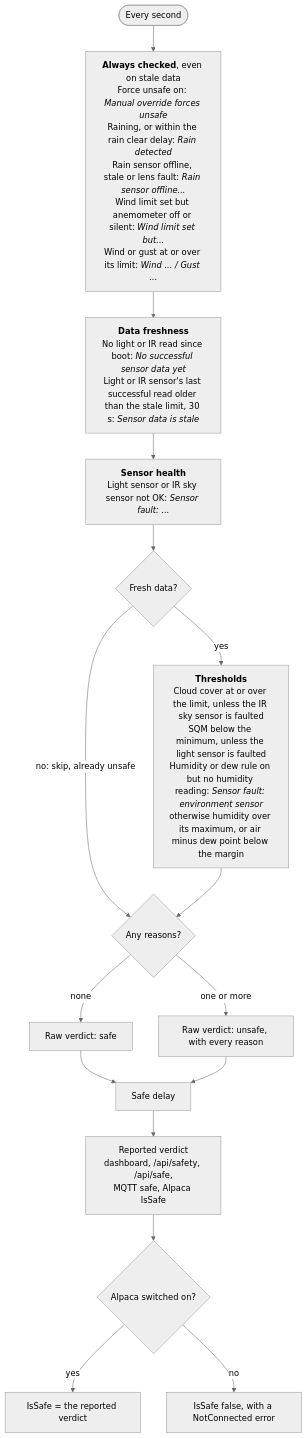
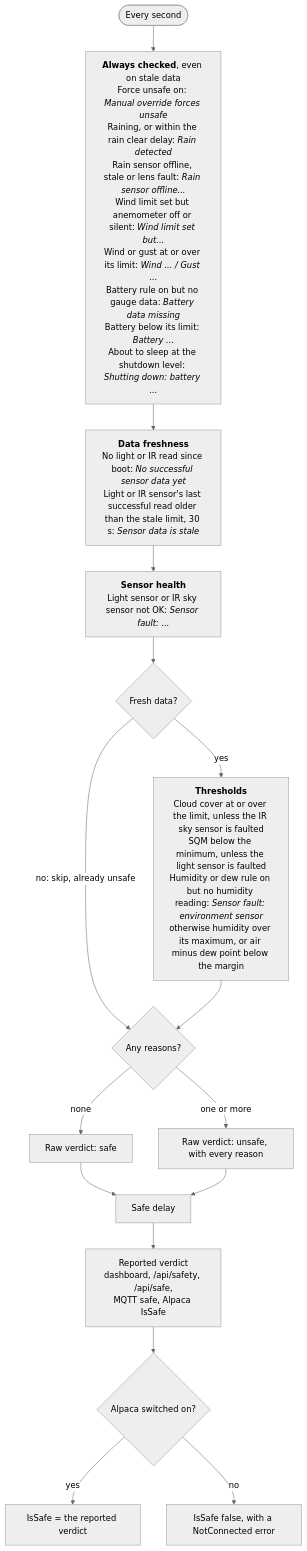
Before and after one commit to DeanJ87/SQMeter: the second of 3 diagrams in docs/user-guide/alpaca.md, drawn with Mermaid (neutral theme). The commit also changed other lines of this file and 12 other files, not shown here.

Commit message:
docs(032): battery guide, travel board hardware, configuration, MQTT, REST, WebSocket, BLE, alerts and Alpaca; diagrams checked

````diff
--- a/docs/user-guide/alpaca.md
+++ b/docs/user-guide/alpaca.md
@@ -147,21 +149,21 @@
 ```mermaid
 flowchart TB
     accTitle: How the safety verdict is decided
-    accDescr: Every second all enabled rules are checked and each failing rule adds a reason. Rain and wind are always checked, then data freshness and sensor health; the threshold rules only run on fresh data. Any reason makes the raw verdict unsafe, which then passes through the safe delay.
+    accDescr: Every second all enabled rules are checked and each failing rule adds a reason. Rain, wind and battery are always checked, then data freshness and sensor health; the threshold rules only run on fresh data. Any reason makes the raw verdict unsafe, which then passes through the safe delay.
     START(["Every second"]) --> ALWAYS
-    ALWAYS["<b>Always checked</b>, even on stale data<br/>Force unsafe on: <i>Manual override forces unsafe</i><br/>Raining, or within the rain clear delay: <i>Rain detected</i><br/>Rain sensor offline, stale or lens fault: <i>Rain sensor offline...</i><br/>Wind limit set but anemometer off or silent: <i>Wind limit set but...</i><br/>Wind or gust at or over its limit: <i>Wind ... / Gust ...</i>"]
+    ALWAYS["<b>Always checked</b>, even on stale data<br/>Force unsafe on: <i>Manual override forces unsafe</i><br/>Raining, or within the rain clear delay: <i>Rain detected</i><br/>Rain sensor offline, stale or lens fault: <i>Rain sensor offline...</i><br/>Wind limit set but anemometer off or silent: <i>Wind limit set but...</i><br/>Wind or gust at or over its limit: <i>Wind ... / Gust ...</i><br/>Battery rule on but no gauge data: <i>Battery data missing</i><br/>Battery below its limit: <i>Battery ...</i><br/>About to sleep at the shutdown level: <i>Shutting down: battery ...</i>"]
     ALWAYS --> FRESHNESS["<b>Data freshness</b><br/>No light or IR read since boot: <i>No successful sensor data yet</i><br/>Light or IR sensor's last successful read older than the stale limit, 30 s: <i>Sensor data is stale</i>"]
     FRESHNESS --> HEALTH["<b>Sensor health</b><br/>Light sensor or IR sky sensor not OK: <i>Sensor fault: ...</i>"]
     HEALTH --> FRESH{"Fresh data?"}
     FRESH -->|yes| THRESHOLDS["<b>Thresholds</b><br/>Cloud cover at or over the limit, unless the IR sky sensor is faulted<br/>SQM below the minimum, unless the light sensor is faulted<br/>Humidity or dew rule on but no humidity reading: <i>Sensor fault: environment sensor</i><br/>otherwise humidity over its maximum, or air minus dew point below the margin"]
     FRESH -->|"no: skip, already unsafe"| ANY
     THRESHOLDS --> ANY{"Any reasons?"}
     ANY -->|none| RAWSAFE["Raw verdict: safe"]
     ANY -->|one or more| RAWUNSAFE["Raw verdict: unsafe, with every reason"]
     RAWSAFE --> DELAY["Safe delay"]
     RAWUNSAFE --> DELAY
     DELAY --> REPORTED["Reported verdict<br/>dashboard, /api/safety, /api/safe,<br/>MQTT safe, Alpaca IsSafe"]
     REPORTED --> ALPACA{"Alpaca switched on?"}
     ALPACA -->|yes| ISSAFE["IsSafe = the reported verdict"]
     ALPACA -->|no| NOTCONNECTED["IsSafe false, with a NotConnected error"]
 ```
````
